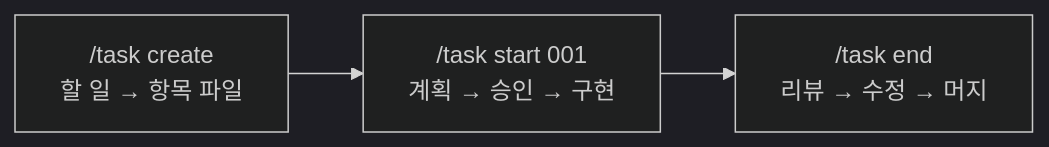
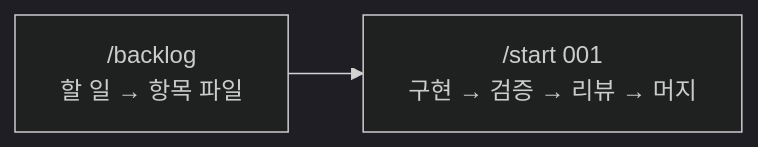
Before and after one commit to JiHoon777/j-dev-kit: the first of 2 diagrams in README.md, drawn with Mermaid (dark theme). The commit also changed other lines of this file and 240 other files, not shown here.

First line of the commit message:
feat(workflow): task 스킬을 backlog 와 start 로 나누고, 계획 승인과 superpowers 를 떼고, pstack 원칙·스킬·플레이북을 들인다 (016)

````diff
--- a/README.md
+++ b/README.md
@@ -7,5 +7,4 @@
 ```mermaid
 flowchart LR
-  C["/task create<br/>할 일 → 항목 파일"] --> S["/task start 001<br/>계획 → 승인 → 구현"]
-  S --> E["/task end<br/>리뷰 → 수정 → 머지"]
+  C["/backlog<br/>할 일 → 항목 파일"] --> S["/start 001<br/>구현 → 검증 → 리뷰 → 머지"]
 ```
````
